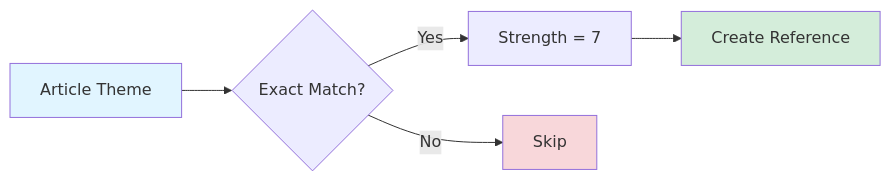
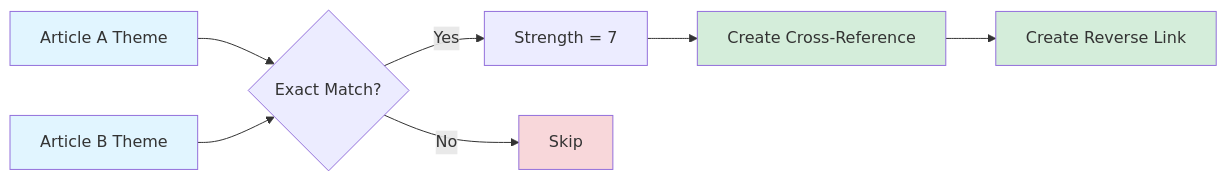
The fifth of 10 diagrams in docs/architecture/CROSS_REFERENCE_SYSTEM.md (dhruvrakesh/srangam-42267), drawn with Mermaid before and after one commit. The commit also changed other lines of this file and 3 other files, not shown here.

````diff
--- a/docs/architecture/CROSS_REFERENCE_SYSTEM.md
+++ b/docs/architecture/CROSS_REFERENCE_SYSTEM.md
@@ -100,11 +257,17 @@
 ```mermaid
 flowchart LR
-    A[Article Theme] --> B{Exact Match?}
-    B -->|Yes| C[Strength = 7]
-    B -->|No| D[Skip]
-    C --> E[Create Reference]
+    A[Article A Theme] --> B{Exact Match?}
+    C[Article B Theme] --> B
+    
+    B -->|Yes| D[Strength = 7]
+    B -->|No| E[Skip]
+    
+    D --> F[Create Cross-Reference]
+    F --> G[Create Reverse Link]
     
     style A fill:#e1f5ff
-    style E fill:#d4edda
-    style D fill:#f8d7da
+    style C fill:#e1f5ff
+    style F fill:#d4edda
+    style G fill:#d4edda
+    style E fill:#f8d7da
 ```
````
